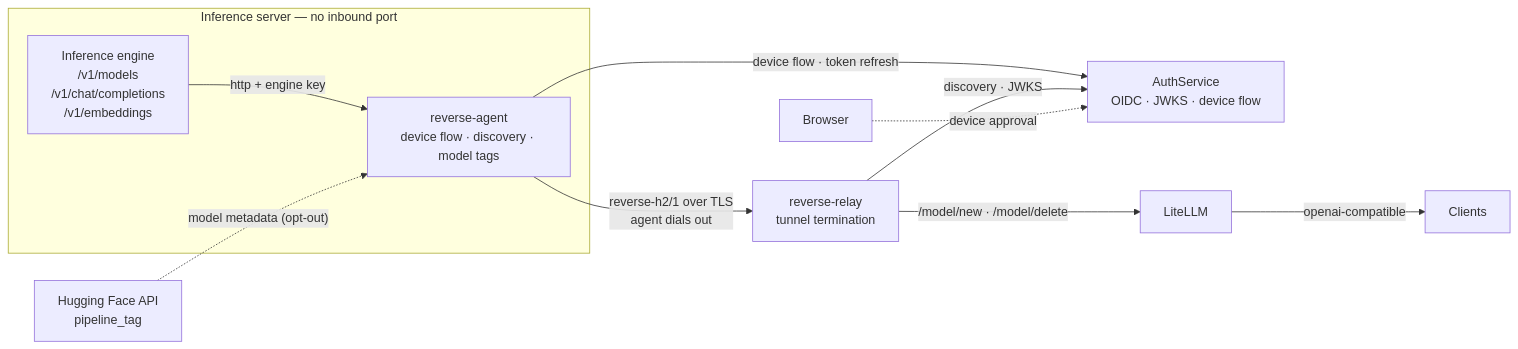
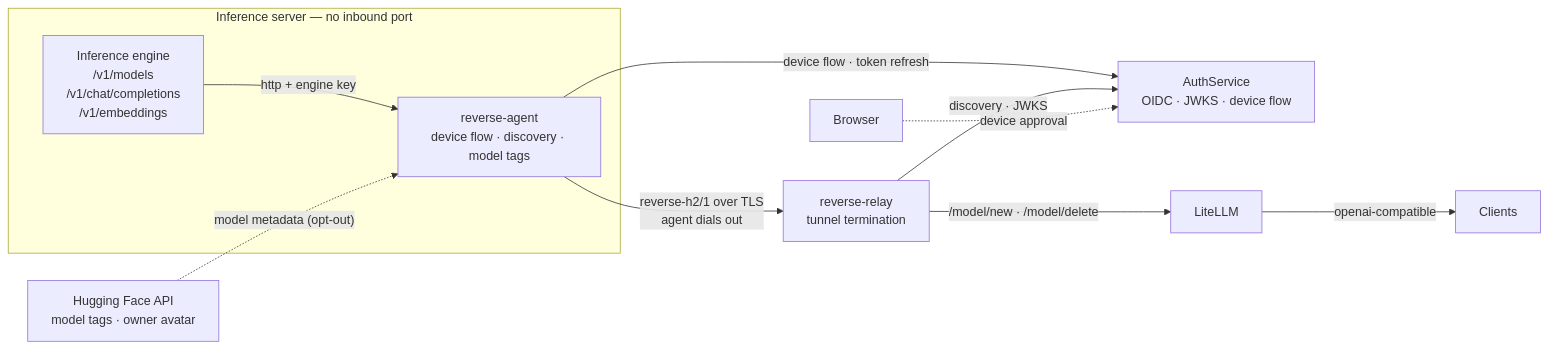
The diagram in README.md (circle-rd/ai-reverse), drawn with Mermaid before and after one commit. The commit also changed other lines of this file and 10 other files, not shown here.

First line of the commit message:
feat(relay): expand model metadata to include owner and safety info

````diff
--- a/README.md
+++ b/README.md
@@ -20,20 +20,20 @@
 ```mermaid
 flowchart LR
   subgraph box["Inference server — no inbound port"]
     engine["Inference engine<br/>/v1/models<br/>/v1/chat/completions<br/>/v1/embeddings"]
     agent["reverse-agent<br/>device flow · discovery · model tags"]
     engine -->|"http + engine key"| agent
   end
 
-  hub["Hugging Face API<br/>pipeline_tag"]
+  hub["Hugging Face API<br/>model tags · owner avatar"]
   auth["AuthService<br/>OIDC · JWKS · device flow"]
   browser["Browser"]
 
   agent -->|"reverse-h2/1 over TLS<br/>agent dials out"| relay["reverse-relay<br/>tunnel termination"]
   hub -.->|"model metadata (opt-out)"| agent
   agent -->|"device flow · token refresh"| auth
   relay -->|"discovery · JWKS"| auth
   browser -.->|"device approval"| auth
   relay -->|"/model/new · /model/delete"| litellm["LiteLLM"]
   litellm -->|"openai-compatible"| clients["Clients"]
 ```
````
